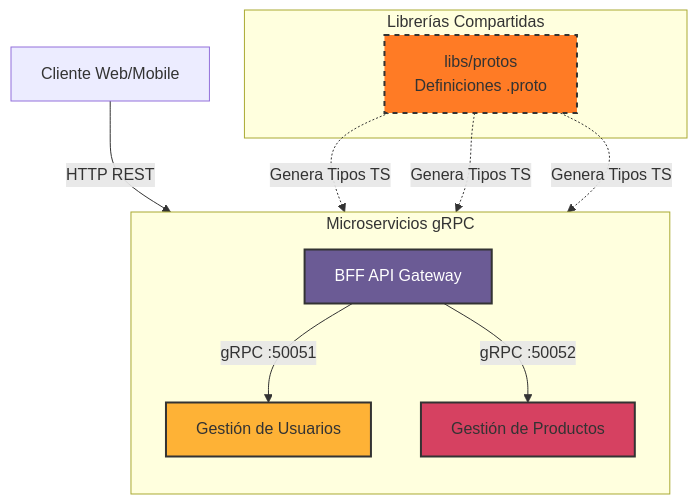
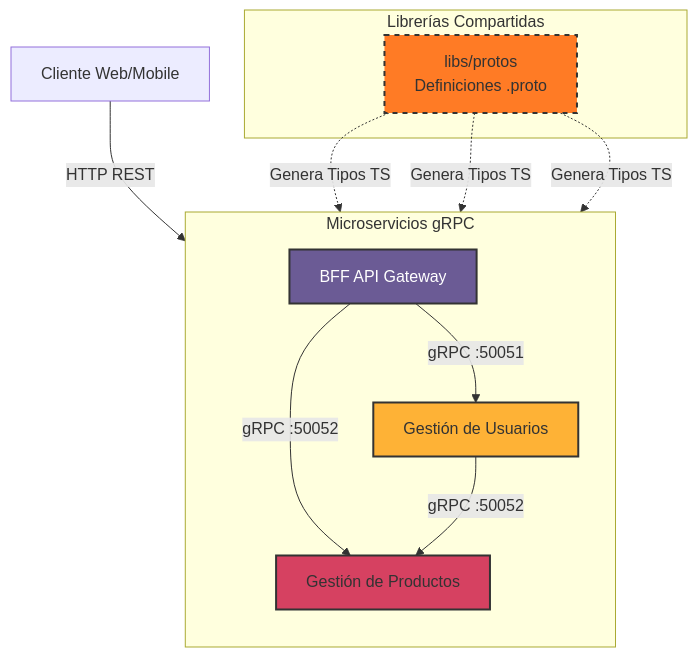
One commit to yonnijes/grpc-monorepo changed the first of 2 diagrams in README.md. Above: the diagram before and after it, drawn with Mermaid. The commit also changed other lines of this file and 11 other files, not shown here.

````diff
--- a/README.md
+++ b/README.md
@@ -21,23 +22,24 @@
 ```mermaid
 flowchart TD
     Client[Cliente Web/Mobile] -->|HTTP REST| BFF[BFF API Gateway]
     
     subgraph "Microservicios gRPC"
         direction TB
         BFF -->|gRPC :50051| UserSvc[Gestión de Usuarios]
         BFF -->|gRPC :50052| ProductSvc[Gestión de Productos]
+        UserSvc -->|gRPC :50052| ProductSvc
     end
 
     subgraph "Librerías Compartidas"
         ProtosLib[libs/protos\nDefiniciones .proto]
     end
 
     ProtosLib -.->|Genera Tipos TS| BFF
     ProtosLib -.->|Genera Tipos TS| UserSvc
     ProtosLib -.->|Genera Tipos TS| ProductSvc
 
     style BFF fill:#6b5b95,stroke:#333,stroke-width:2px,color:#fff
     style UserSvc fill:#feb236,stroke:#333,stroke-width:2px
     style ProductSvc fill:#d64161,stroke:#333,stroke-width:2px
     style ProtosLib fill:#ff7b25,stroke:#333,stroke-width:2px,stroke-dasharray: 5 5
 ```
````
